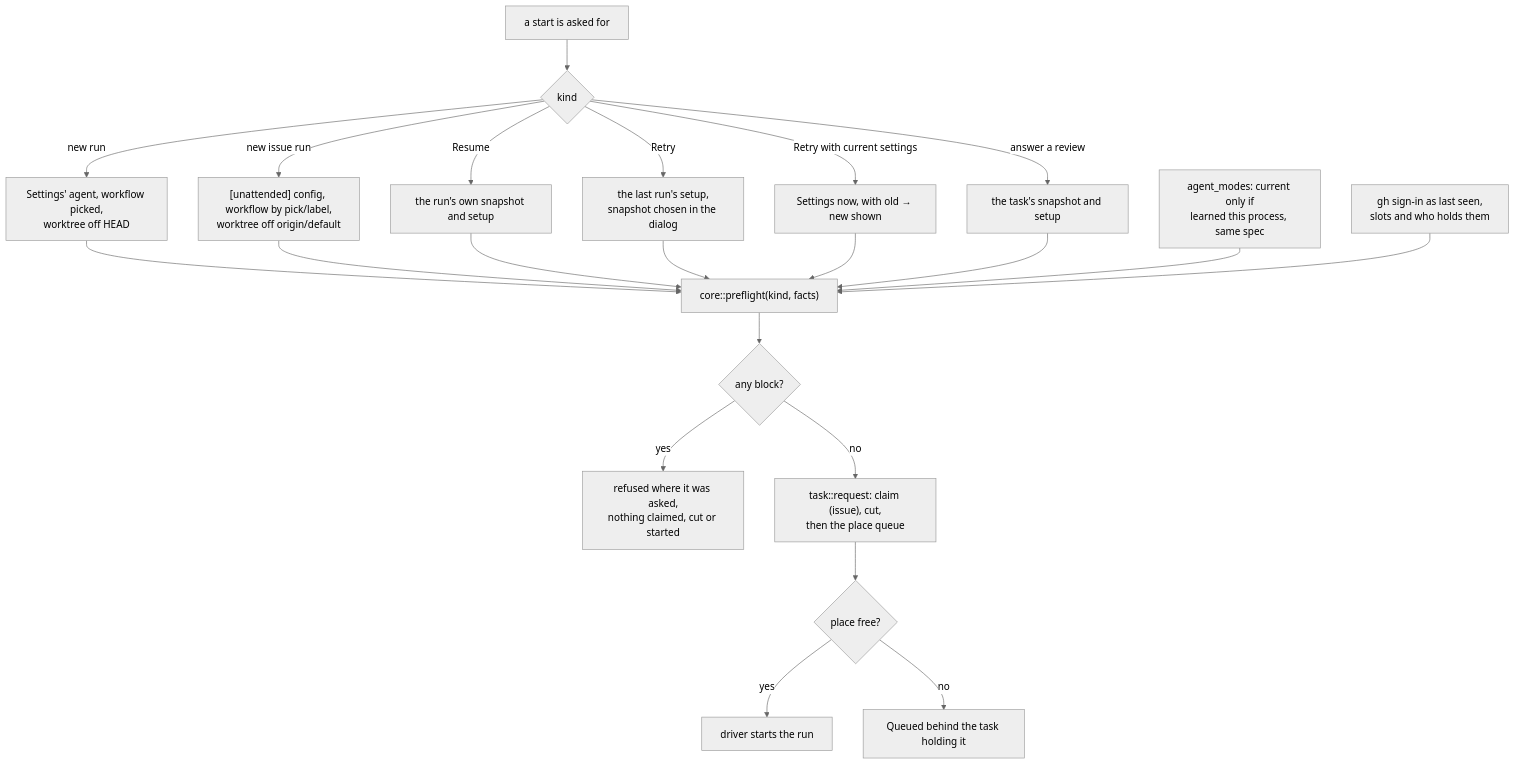
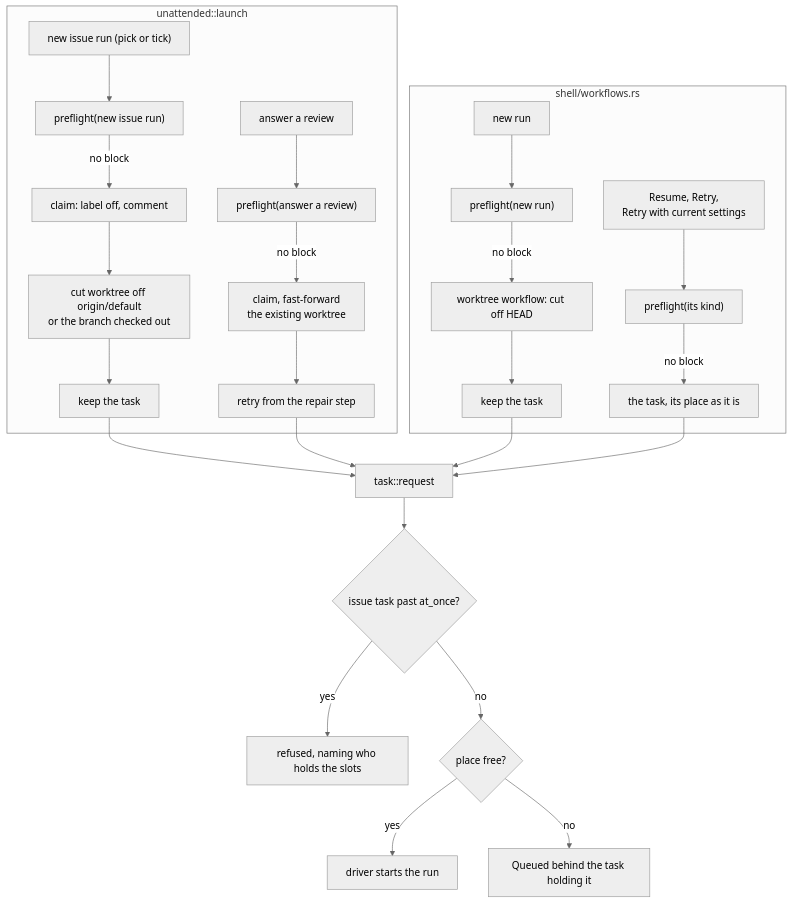
Before and after one commit to jarviisha/onehand: the fourth of 5 diagrams in docs/proposals/issue-workflows/architecture.md, drawn with Mermaid (neutral theme). The commit also changed other lines of this file and 4 other files, not shown here.

First line of the commit message:
docs(proposals): the issue-workflows proposal answers its second review, and names an issue by its file

````diff
--- a/docs/proposals/issue-workflows/architecture.md
+++ b/docs/proposals/issue-workflows/architecture.md
@@ -141,19 +183,28 @@
 ```mermaid
 flowchart TD
-    S["a start is asked for"] --> K{"kind"}
-    K -->|new run| F1["Settings' agent, workflow picked,<br/>worktree off HEAD"]
-    K -->|new issue run| F2["[unattended] config, workflow by pick/label,<br/>worktree off origin/default"]
-    K -->|Resume| F3["the run's own snapshot and setup"]
-    K -->|Retry| F4["the last run's setup,<br/>snapshot chosen in the dialog"]
-    K -->|Retry with current settings| F5["Settings now, with old → new shown"]
-    K -->|answer a review| F6["the task's snapshot and setup"]
-    F1 & F2 & F3 & F4 & F5 & F6 --> P["core::preflight(kind, facts)"]
-    M["agent_modes: current only if<br/>learned this process, same spec"] --> P
-    G["gh sign-in as last seen,<br/>slots and who holds them"] --> P
-    P --> B{"any block?"}
-    B -->|yes| X["refused where it was asked,<br/>nothing claimed, cut or started"]
-    B -->|no| Q["task::request: claim (issue), cut,<br/>then the place queue"]
-    Q --> W{"place free?"}
+    subgraph issue["unattended::launch"]
+        I0["new issue run (pick or tick)"] --> IP["preflight(new issue run)"]
+        IP -->|no block| IC["claim: label off, comment"]
+        IC --> IW["cut worktree off origin/default<br/>or the branch checked out"]
+        IW --> IK["keep the task"]
+        V0["answer a review"] --> VP["preflight(answer a review)"]
+        VP -->|no block| VC["claim, fast-forward<br/>the existing worktree"]
+        VC --> VK["retry from the repair step"]
+    end
+    subgraph launcher["shell/workflows.rs"]
+        L0["new run"] --> LP["preflight(new run)"]
+        LP -->|no block| LW["worktree workflow: cut off HEAD"]
+        LW --> LK["keep the task"]
+        R0["Resume, Retry,<br/>Retry with current settings"] --> RP["preflight(its kind)"]
+        RP -->|no block| RK["the task, its place as it is"]
+    end
+    IK --> Q["task::request"]
+    VK --> Q
+    LK --> Q
+    RK --> Q
+    Q --> S{"issue task past at_once?"}
+    S -->|yes| X["refused, naming who holds the slots"]
+    S -->|no| W{"place free?"}
     W -->|yes| Run["driver starts the run"]
     W -->|no| Wait["Queued behind the task holding it"]
 ```
````
